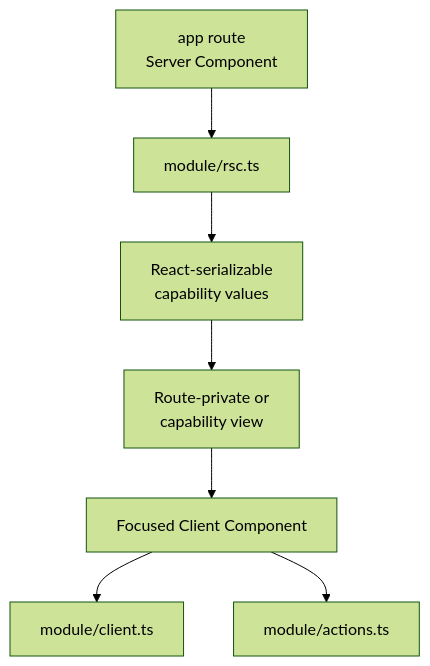
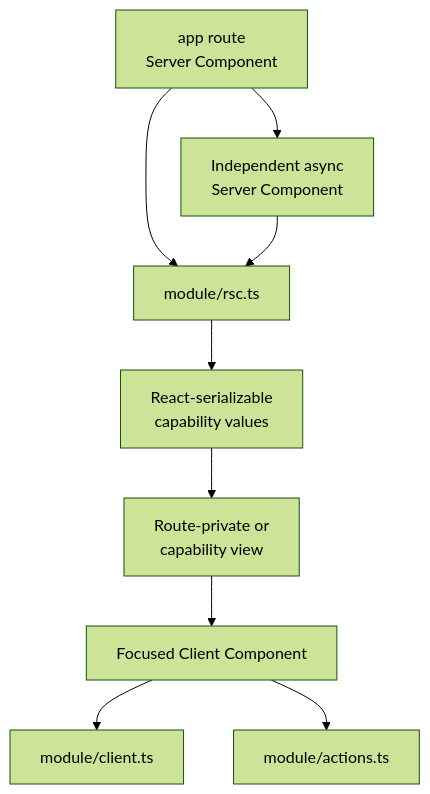
Before and after one commit to clicktronix/nextjs-clean-skills: the first of 2 diagrams in docs/frontend-composition.md, drawn with Mermaid (forest theme). The commit also changed other lines of this file and 15 other files, not shown here.

````diff
--- a/docs/frontend-composition.md
+++ b/docs/frontend-composition.md
@@ -32,19 +32,22 @@
 ```mermaid
 flowchart TB
   accTitle: Server-first page composition
-  accDescr: A route reads through a capability RSC surface, renders plain values, and introduces focused client islands only where browser behavior exists.
+  accDescr: A route or an independent async region reads through a capability RSC surface, renders plain values, and introduces focused client islands only where browser behavior exists.
   Route["app route<br/>Server Component"]
+  Region["Independent async<br/>Server Component"]
   Rsc["module/rsc.ts"]
   Values["React-serializable<br/>capability values"]
   View["Route-private or<br/>capability view"]
   Island["Focused Client Component"]
   Client["module/client.ts"]
   Action["module/actions.ts"]
 
   Route --> Rsc
+  Route --> Region
+  Region --> Rsc
   Rsc --> Values
   Values --> View
   View --> Island
   Island --> Client
   Island --> Action
 ```
````
